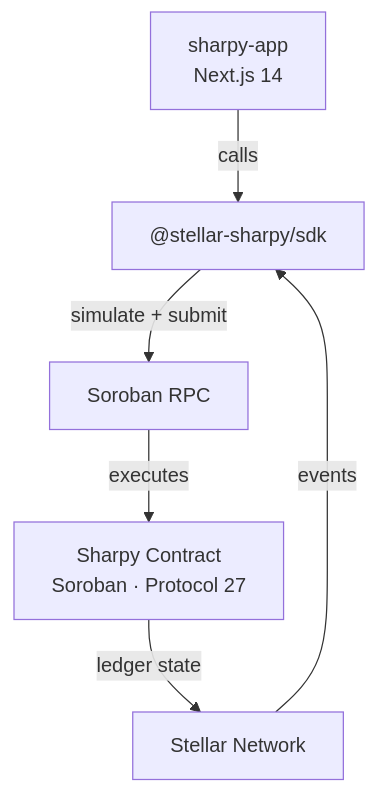
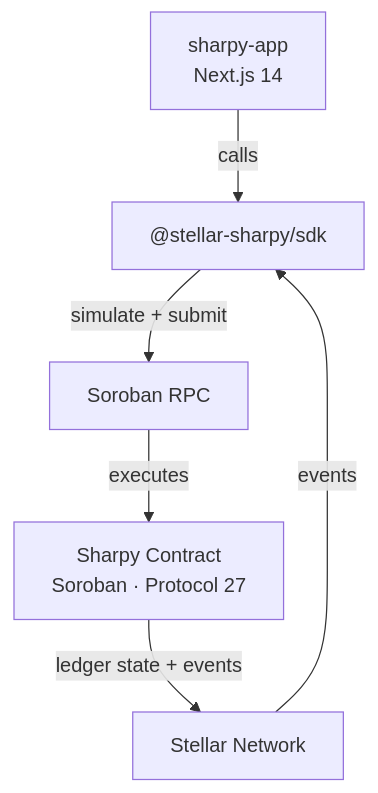
Before and after one commit to stellar-sharpy/sharpy-contracts: the diagram in README.md, drawn with Mermaid. The commit also changed other lines of this file, not shown here.

````diff
--- a/README.md
+++ b/README.md
@@ -25,14 +29,14 @@
 ```mermaid
 graph TD
     App["sharpy-app\nNext.js 14"]
     SDK["@stellar-sharpy/sdk"]
     RPC["Soroban RPC"]
     Contract["Sharpy Contract\nSoroban · Protocol 27"]
     Stellar["Stellar Network"]
 
     App -->|"calls"| SDK
     SDK -->|"simulate + submit"| RPC
     RPC -->|"executes"| Contract
-    Contract -->|"ledger state"| Stellar
+    Contract -->|"ledger state + events"| Stellar
     Stellar -->|"events"| SDK
 ```
````
